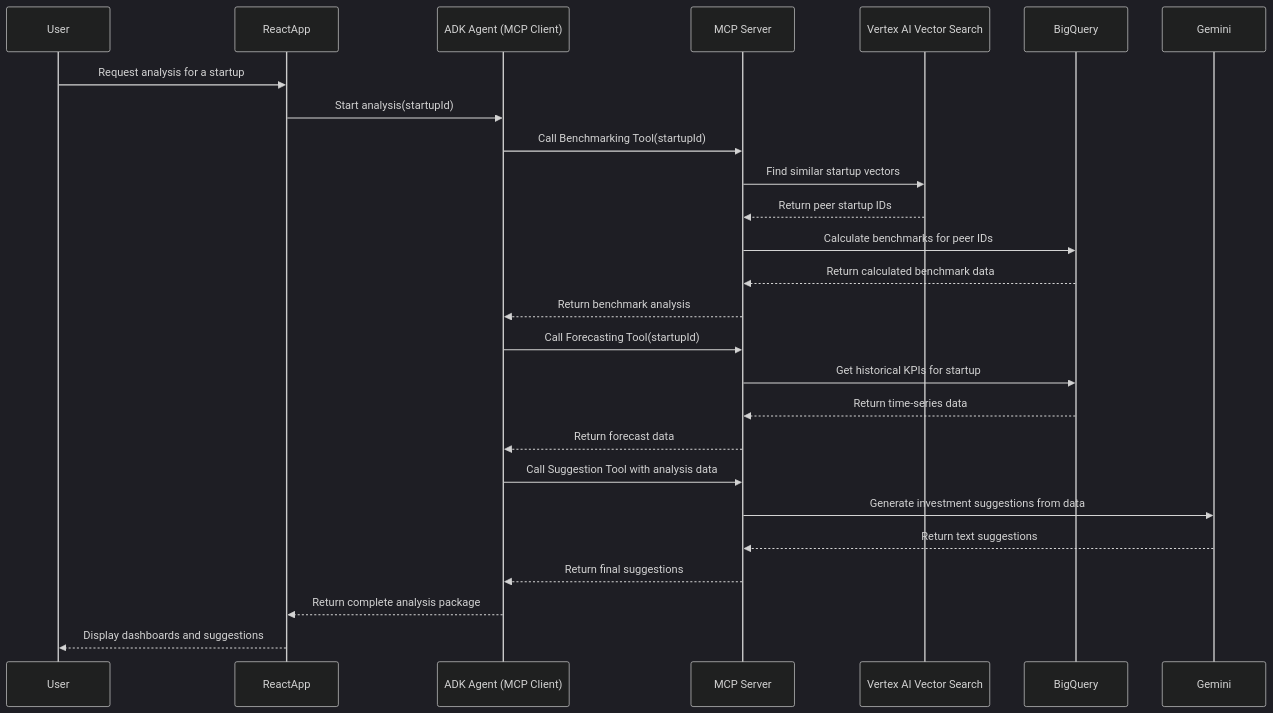
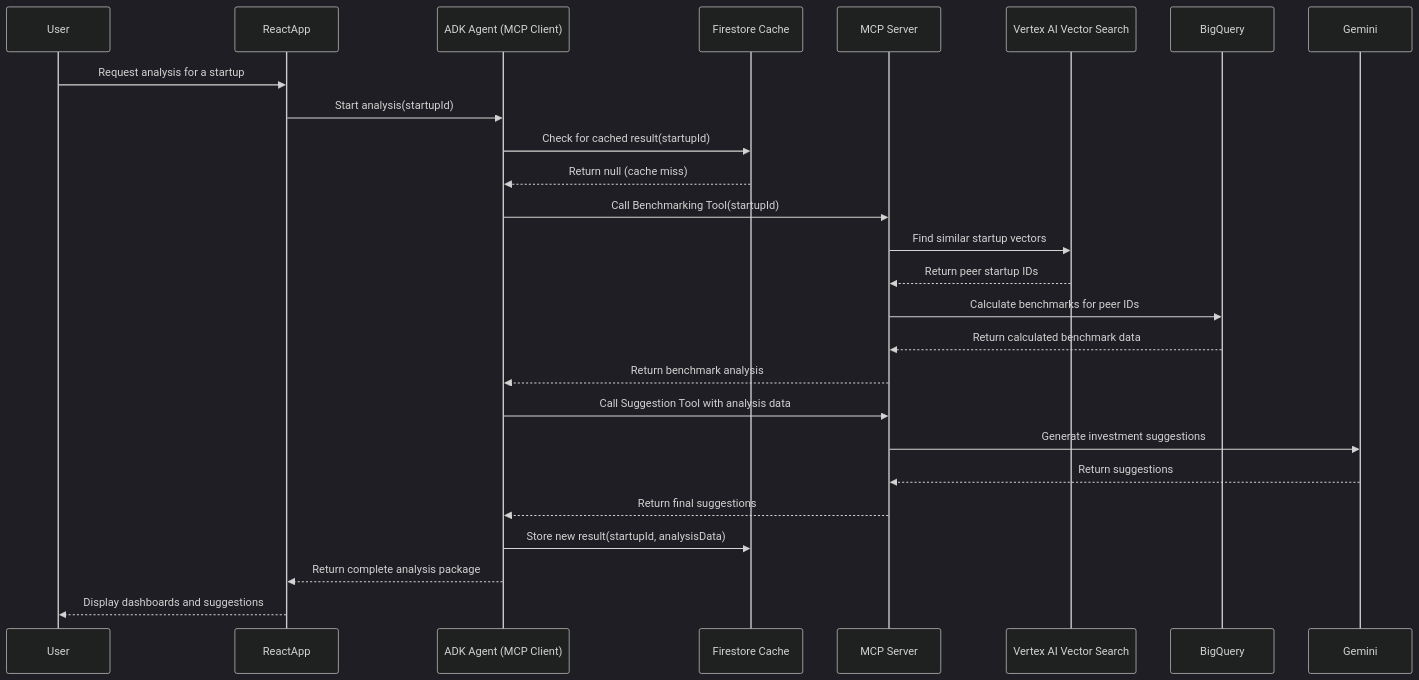
The second of 2 diagrams in usecase2.md (bakiyaa/AI-startup-Evaluator), drawn with Mermaid (dark theme) before and after one commit. The commit also changed other lines of this file, not shown here.

Commit message:
docs: Refine architecture with caching and BigQuery clarification

````diff
--- a/usecase2.md
+++ b/usecase2.md
@@ -54,33 +65,32 @@
 ```mermaid
 sequenceDiagram
     participant User
     participant ReactApp
     participant ADKAgent as ADK Agent (MCP Client)
+    participant Cache as Firestore Cache
     participant MCPServer as MCP Server
     participant VectorSearch as Vertex AI Vector Search
     participant BigQuery
     participant Gemini
 
     User->>ReactApp: Request analysis for a startup
     ReactApp->>ADKAgent: Start analysis(startupId)
+    ADKAgent->>Cache: Check for cached result(startupId)
+    Cache-->>ADKAgent: Return null (cache miss)
 
     ADKAgent->>MCPServer: Call Benchmarking Tool(startupId)
     MCPServer->>VectorSearch: Find similar startup vectors
     VectorSearch-->>MCPServer: Return peer startup IDs
     MCPServer->>BigQuery: Calculate benchmarks for peer IDs
     BigQuery-->>MCPServer: Return calculated benchmark data
     MCPServer-->>ADKAgent: Return benchmark analysis
 
-    ADKAgent->>MCPServer: Call Forecasting Tool(startupId)
-    MCPServer->>BigQuery: Get historical KPIs for startup
-    BigQuery-->>MCPServer: Return time-series data
-    MCPServer-->>ADKAgent: Return forecast data
-
     ADKAgent->>MCPServer: Call Suggestion Tool with analysis data
-    MCPServer->>Gemini: Generate investment suggestions from data
-    Gemini-->>MCPServer: Return text suggestions
+    MCPServer->>Gemini: Generate investment suggestions
+    Gemini-->>MCPServer: Return suggestions
     MCPServer-->>ADKAgent: Return final suggestions
 
+    ADKAgent->>Cache: Store new result(startupId, analysisData)
     ADKAgent-->>ReactApp: Return complete analysis package
     ReactApp-->>User: Display dashboards and suggestions
 ```
````
